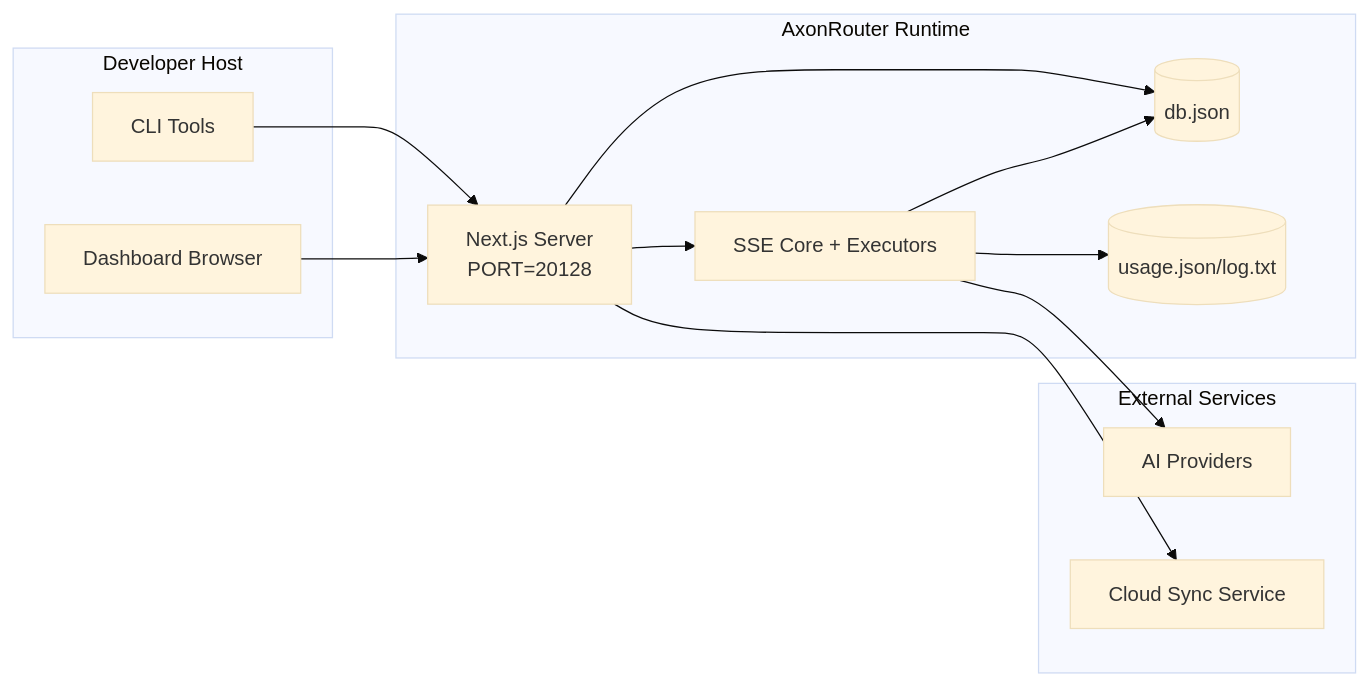
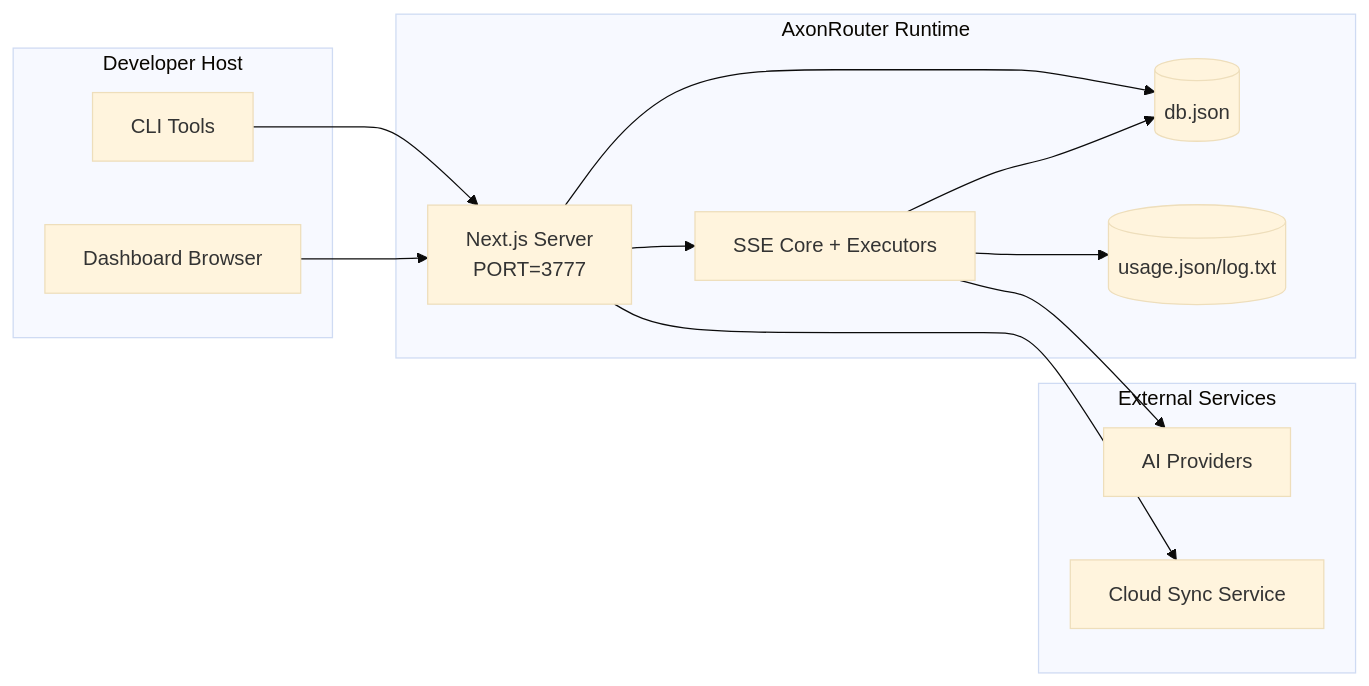
One commit to rickicode/AxonRouter changed the seventh of 7 diagrams in docs/ARCHITECTURE.md. Above: the diagram before and after it, drawn with Mermaid (base theme). The commit also changed other lines of this file and 107 other files, not shown here.

````diff
--- a/docs/ARCHITECTURE.md
+++ b/docs/ARCHITECTURE.md
@@ -387,28 +387,28 @@
 ```mermaid
 flowchart LR
     subgraph LocalHost[Developer Host]
         CLI[CLI Tools]
         Browser[Dashboard Browser]
     end
 
     subgraph ContainerOrProcess[AxonRouter Runtime]
-        Next[Next.js Server\nPORT=20128]
+        Next[Next.js Server\nPORT=3777]
         Core[SSE Core + Executors]
         MainDB[(db.json)]
         UsageDB[(usage.json/log.txt)]
     end
 
     subgraph External[External Services]
         Providers[AI Providers]
         SyncCloud[Cloud Sync Service]
     end
 
     CLI --> Next
     Browser --> Next
     Next --> Core
     Next --> MainDB
     Core --> MainDB
     Core --> UsageDB
     Core --> Providers
     Next --> SyncCloud
 ```
````
